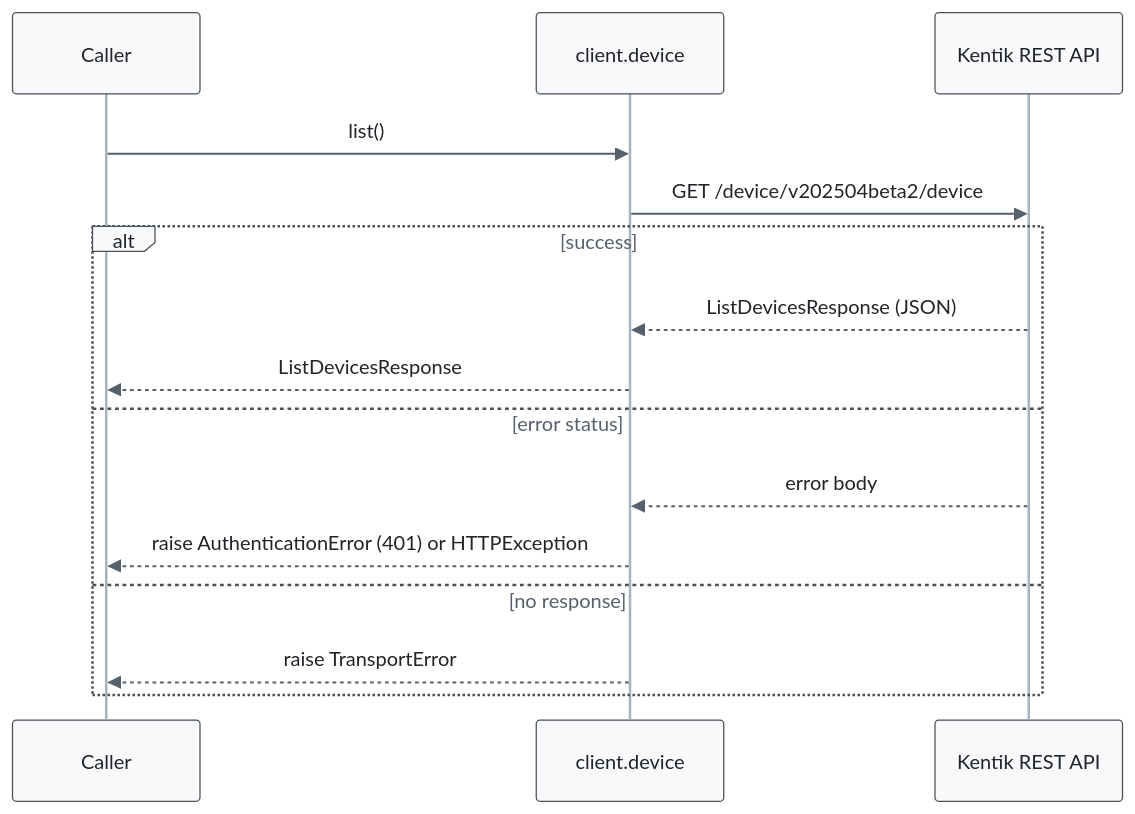
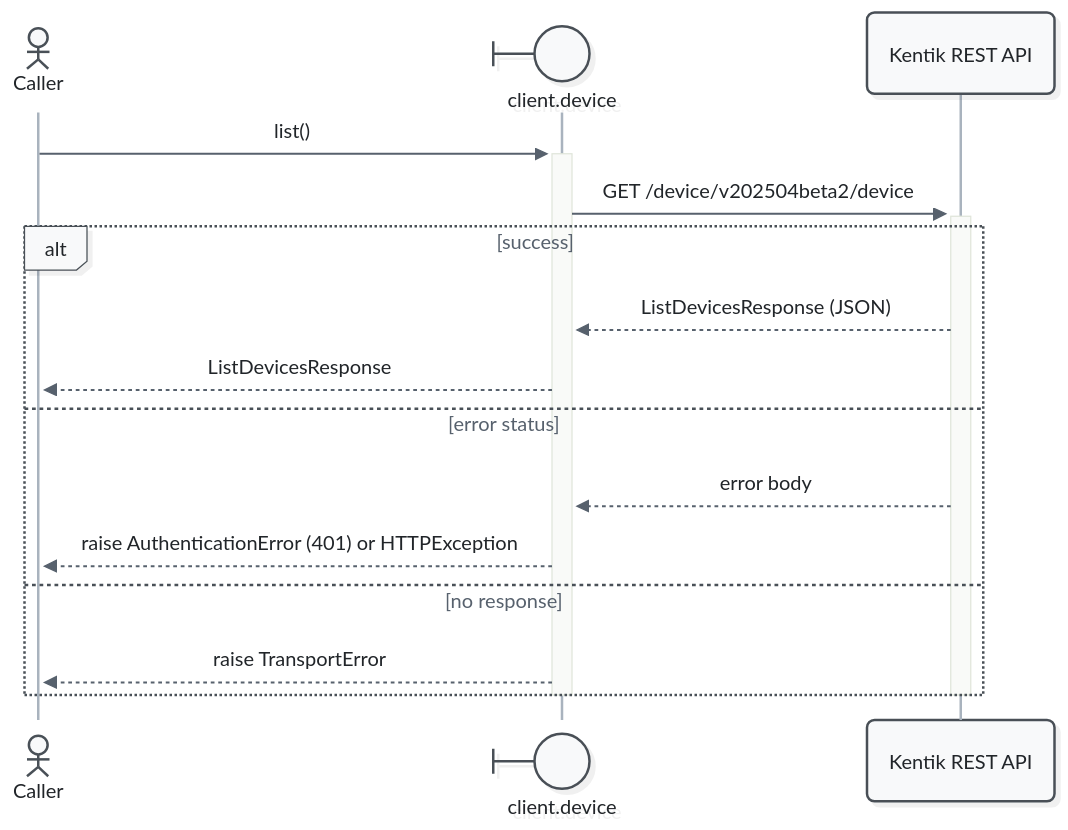
The first of 21 diagrams in docs/sphinx/services/device.md (alexdearaujo/community_sdk_python), drawn with Mermaid before and after one commit. The commit also changed other lines of this file and 52 other files, not shown here.

First line of the commit message:
docs: Mermaid 12 sequence diagrams with participant types and path colors

````diff
--- a/docs/sphinx/services/device.md
+++ b/docs/sphinx/services/device.md
@@ -33,19 +33,21 @@
 ```mermaid
-%%{init: {"theme": "base", "fontFamily": "ui-monospace, SFMono-Regular, Menlo, monospace", "themeVariables": {"fontFamily": "ui-monospace, SFMono-Regular, Menlo, monospace", "primaryColor": "#f8f9fa", "primaryBorderColor": "#495057", "primaryTextColor": "#212529", "textColor": "#212529", "lineColor": "#77818c", "edgeLabelBackground": "#ffffff", "actorBkg": "#f8f9fa", "actorBorder": "#495057", "actorTextColor": "#212529", "actorLineColor": "#a9b3be", "signalColor": "#57616d", "signalTextColor": "#212529", "labelBoxBkgColor": "#f8f9fa", "labelBoxBorderColor": "#495057", "labelTextColor": "#212529", "loopTextColor": "#57616d", "noteBkgColor": "#fff9db", "noteBorderColor": "#f08c00", "noteTextColor": "#a35a00"}, "flowchart": {"curve": "step", "nodeSpacing": 30, "rankSpacing": 70, "wrappingWidth": 400}}}%%
+%%{init: {"theme": "redux", "look": "neo", "layout": "dagre", "fontFamily": "ui-monospace, SFMono-Regular, Menlo, monospace", "themeVariables": {"fontFamily": "ui-monospace, SFMono-Regular, Menlo, monospace", "primaryColor": "#f8f9fa", "primaryBorderColor": "#495057", "primaryTextColor": "#212529", "textColor": "#212529", "lineColor": "#77818c", "edgeLabelBackground": "#ffffff", "actorBkg": "#f8f9fa", "actorBorder": "#495057", "actorTextColor": "#212529", "actorLineColor": "#a9b3be", "signalColor": "#57616d", "signalTextColor": "#212529", "labelBoxBkgColor": "#f8f9fa", "labelBoxBorderColor": "#495057", "labelTextColor": "#212529", "loopTextColor": "#57616d", "noteBkgColor": "#fff9db", "noteBorderColor": "#f08c00", "noteTextColor": "#a35a00"}, "sequence": {"activationWidth": 16}, "flowchart": {"curve": "step", "nodeSpacing": 30, "rankSpacing": 70, "wrappingWidth": 400}}}%%
 sequenceDiagram
-    participant C as Caller
-    participant W as client.device
+    actor C as Caller
+    participant W@{ "type": "boundary" } as client.device
     participant API as Kentik REST API
 
-    C->>W: list()
-    W->>API: GET /device/v202504beta2/device
+    C->>+W: list()
+    W->>+API: GET /device/v202504beta2/device
     alt success
         API-->>W: ListDevicesResponse (JSON)
         W-->>C: ListDevicesResponse
     else error status
         API-->>W: error body
         W-->>C: raise AuthenticationError (401) or HTTPException
     else no response
         W-->>C: raise TransportError
     end
+    deactivate API
+    deactivate W
 ```
````
